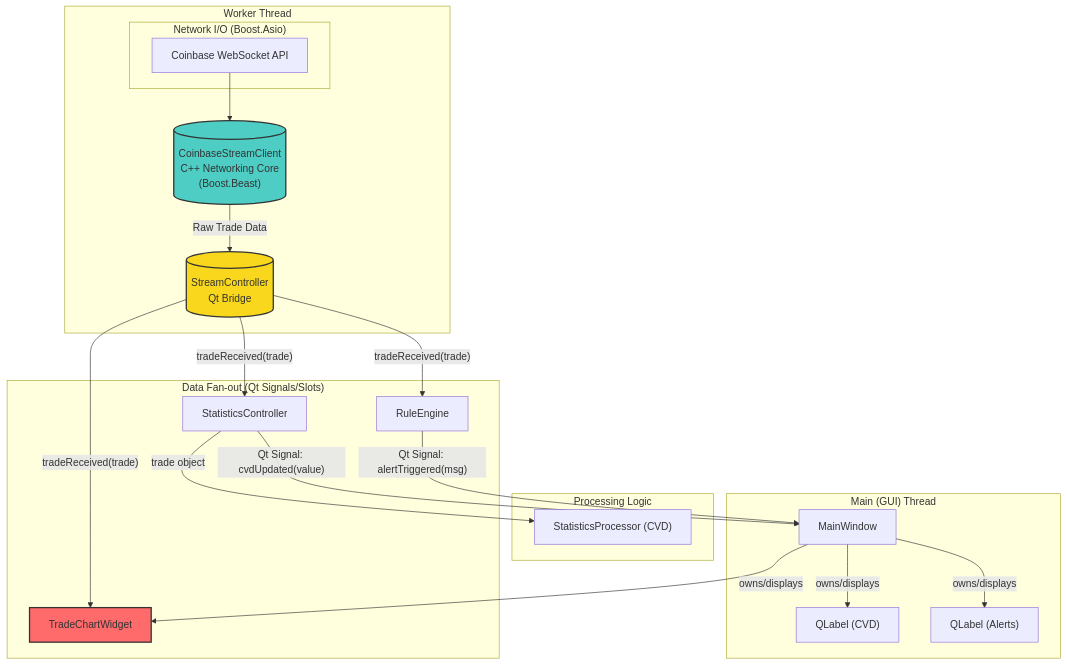
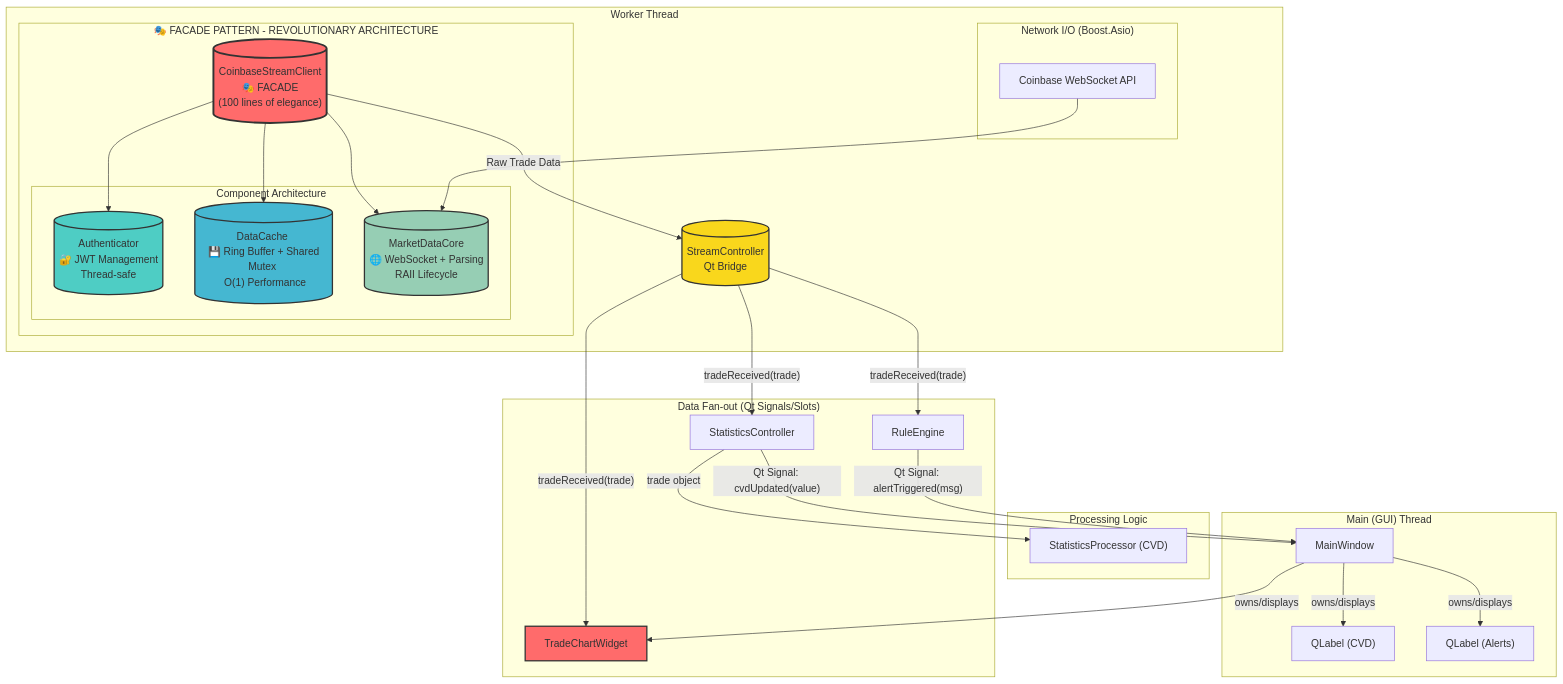
The diagram in docs/ARCHITECTURE.md (pattty847/Sentinel), drawn with Mermaid before and after one commit. The commit also changed other lines of this file and 38 other files, not shown here.

First line of the commit message:
Revolutionary Facade Architecture Transformation (#5)

````diff
--- a/docs/ARCHITECTURE.md
+++ b/docs/ARCHITECTURE.md
@@ -3,35 +3,52 @@
 ```mermaid
 graph TD
     subgraph "Worker Thread"
         subgraph "Network I/O (Boost.Asio)"
             WS["Coinbase WebSocket API"];
         end
         
-        CS[("CoinbaseStreamClient <br> C++ Networking Core <br> (Boost.Beast)")] -- "Raw Trade Data" --> SC[("StreamController <br> Qt Bridge")];
+        subgraph "🎭 FACADE PATTERN - REVOLUTIONARY ARCHITECTURE"
+            CSF[("CoinbaseStreamClient <br> 🎭 FACADE <br> (100 lines of elegance)")] 
+            
+            subgraph "Component Architecture"
+                AUTH[("Authenticator <br> 🔐 JWT Management <br> Thread-safe")]
+                CACHE[("DataCache <br> 💾 Ring Buffer + Shared Mutex <br> O(1) Performance")]
+                CORE[("MarketDataCore <br> 🌐 WebSocket + Parsing <br> RAII Lifecycle")]
+            end
+            
+            CSF --> AUTH
+            CSF --> CACHE
+            CSF --> CORE
+        end
+        
+        CSF -- "Raw Trade Data" --> SC[("StreamController <br> Qt Bridge")];
     end
 
     subgraph "Data Fan-out (Qt Signals/Slots)"
         SC -- "tradeReceived(trade)" --> STATS["StatisticsController"];
         SC -- "tradeReceived(trade)" --> RULES["RuleEngine"];
         SC -- "tradeReceived(trade)" --> CHART["TradeChartWidget"];
     end
 
     subgraph "Processing Logic"
         STATS -- "trade object" --> PROC["StatisticsProcessor (CVD)"];
     end
 
     subgraph "Main (GUI) Thread"
         MW["MainWindow"] -- "owns/displays" --> CHART;
         MW -- "owns/displays" --> CVD_LABEL["QLabel (CVD)"];
         MW -- "owns/displays" --> ALERT_LABEL["QLabel (Alerts)"];
         
         STATS -- "Qt Signal: cvdUpdated(value)" --> MW;
         RULES -- "Qt Signal: alertTriggered(msg)" --> MW;
     end
     
-    WS --> CS;
+    WS --> CORE;
 
-    style CS fill:#4ecdc4,stroke:#333,stroke-width:2px
+    style CSF fill:#FF6B6B,stroke:#333,stroke-width:3px
+    style AUTH fill:#4ECDC4,stroke:#333,stroke-width:2px
+    style CACHE fill:#45B7D1,stroke:#333,stroke-width:2px
+    style CORE fill:#96CEB4,stroke:#333,stroke-width:2px
     style SC fill:#f9d71c,stroke:#333,stroke-width:2px
     style CHART fill:#ff6b6b,stroke:#333,stroke-width:2px
 ```
````
